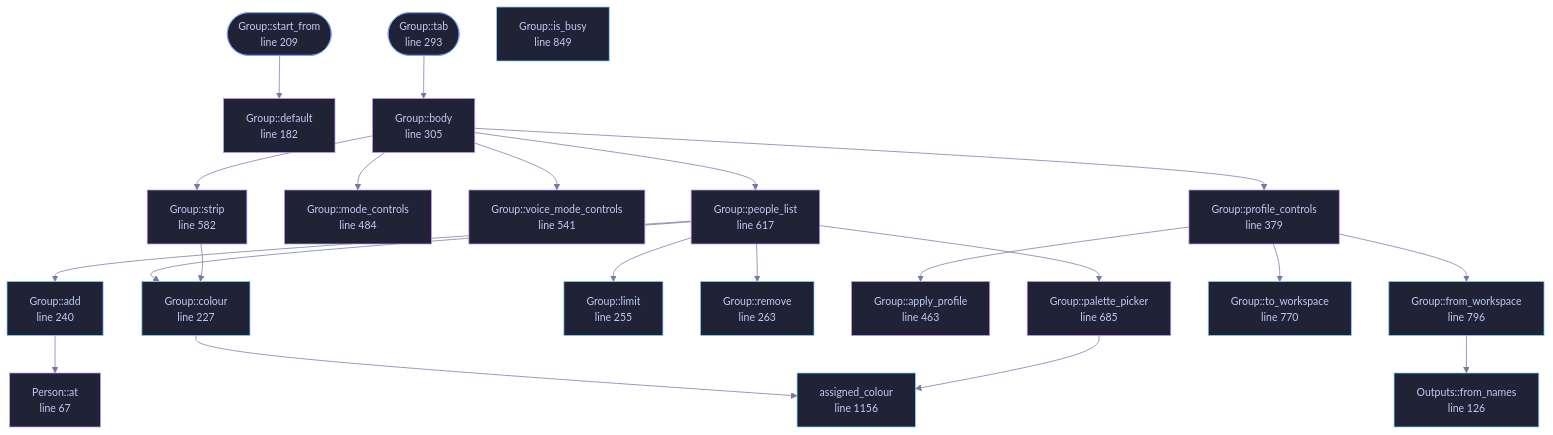
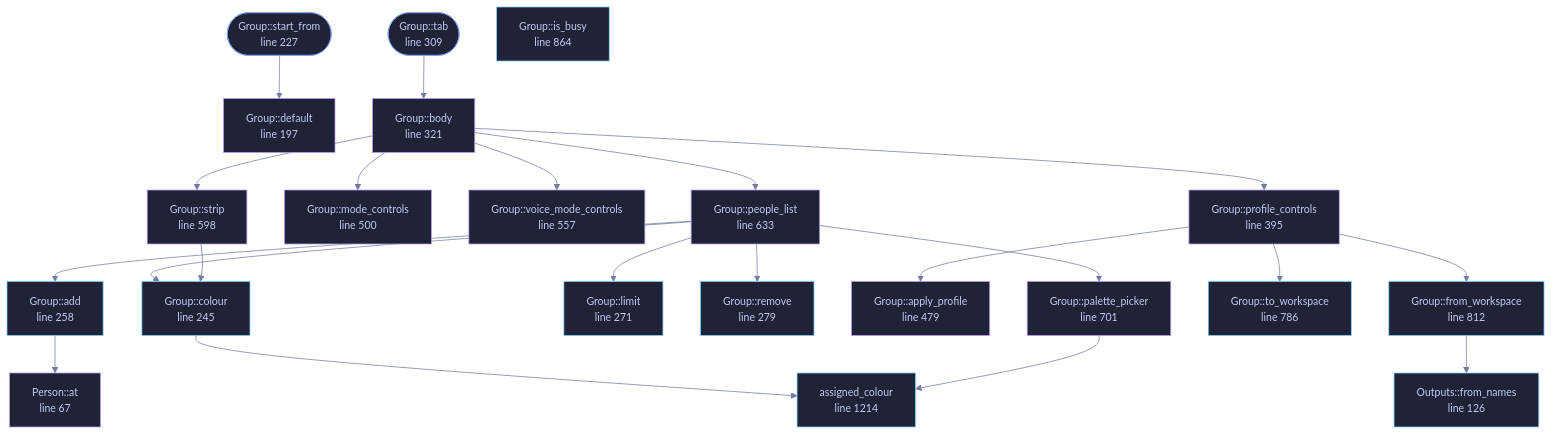
The diagram in docs/files/veilvoice-gui/group.md (tilas01/veilvoice), drawn with Mermaid before and after one commit. The commit also changed other lines of this file and 27 other files, not shown here.

First line of the commit message:
audit: the group tab rendered at default, not the maximum asked

````diff
--- a/docs/files/veilvoice-gui/group.md
+++ b/docs/files/veilvoice-gui/group.md
@@ -111,74 +112,74 @@
 ```mermaid
 %%{init: {"theme":"base","themeVariables":{"background":"#1a1b26","primaryColor":"#1f2335","primaryTextColor":"#c0caf5","primaryBorderColor":"#7aa2f7","secondaryColor":"#16161e","tertiaryColor":"#16161e","lineColor":"#737aa2","textColor":"#c0caf5","mainBkg":"#1f2335","nodeBorder":"#7aa2f7","clusterBkg":"#16161e","clusterBorder":"#2f3549","fontFamily":"ui-monospace, SFMono-Regular, Consolas, monospace","fontSize":"14px"}}}%%
 flowchart TD
     n_at["Person::at<br/>line 67"]
     n_default["Outputs::default<br/>line 91"]
     n_from_names["Outputs::from_names<br/>line 126"]
-    n_default["Group::default<br/>line 182"]
-    n_start_from(["Group::start_from<br/>line 209"])
-    n_colour["Group::colour<br/>line 227"]
-    n_add["Group::add<br/>line 240"]
-    n_limit["Group::limit<br/>line 255"]
-    n_remove["Group::remove<br/>line 263"]
-    n_tab(["Group::tab<br/>line 293"])
-    n_body["Group::body<br/>line 305"]
-    n_profile_controls["Group::profile_controls<br/>line 379"]
-    n_apply_profile["Group::apply_profile<br/>line 463"]
-    n_mode_controls["Group::mode_controls<br/>line 484"]
-    n_voice_mode_controls["Group::voice_mode_controls<br/>line 541"]
-    n_strip["Group::strip<br/>line 582"]
-    n_people_list["Group::people_list<br/>line 617"]
-    n_palette_picker["Group::palette_picker<br/>line 685"]
-    n_to_workspace["Group::to_workspace<br/>line 770"]
-    n_from_workspace["Group::from_workspace<br/>line 796"]
-    n_is_busy["Group::is_busy<br/>line 849"]
-    n_assigned_colour["assigned_colour<br/>line 1156"]
+    n_default["Group::default<br/>line 197"]
+    n_start_from(["Group::start_from<br/>line 227"])
+    n_colour["Group::colour<br/>line 245"]
+    n_add["Group::add<br/>line 258"]
+    n_limit["Group::limit<br/>line 271"]
+    n_remove["Group::remove<br/>line 279"]
+    n_tab(["Group::tab<br/>line 309"])
+    n_body["Group::body<br/>line 321"]
+    n_profile_controls["Group::profile_controls<br/>line 395"]
+    n_apply_profile["Group::apply_profile<br/>line 479"]
+    n_mode_controls["Group::mode_controls<br/>line 500"]
+    n_voice_mode_controls["Group::voice_mode_controls<br/>line 557"]
+    n_strip["Group::strip<br/>line 598"]
+    n_people_list["Group::people_list<br/>line 633"]
+    n_palette_picker["Group::palette_picker<br/>line 701"]
+    n_to_workspace["Group::to_workspace<br/>line 786"]
+    n_from_workspace["Group::from_workspace<br/>line 812"]
+    n_is_busy["Group::is_busy<br/>line 864"]
+    n_assigned_colour["assigned_colour<br/>line 1214"]
     n_add --> n_at
     n_body --> n_mode_controls
     n_body --> n_people_list
     n_body --> n_profile_controls
     n_body --> n_strip
     n_body --> n_voice_mode_controls
     n_colour --> n_assigned_colour
     n_from_workspace --> n_from_names
     n_palette_picker --> n_assigned_colour
     n_people_list --> n_add
     n_people_list --> n_colour
     n_people_list --> n_limit
     n_people_list --> n_palette_picker
     n_people_list --> n_remove
     n_profile_controls --> n_apply_profile
     n_profile_controls --> n_from_workspace
     n_profile_controls --> n_to_workspace
     n_start_from --> n_default
     n_strip --> n_colour
     n_tab --> n_body
     click n_at href "https://github.com/tilas01/veilvoice/blob/main/crates/veilvoice-gui/src/group.rs#L67" "open the source"
     click n_default href "https://github.com/tilas01/veilvoice/blob/main/crates/veilvoice-gui/src/group.rs#L91" "open the source"
     click n_from_names href "https://github.com/tilas01/veilvoice/blob/main/crates/veilvoice-gui/src/group.rs#L126" "open the source"
-    click n_default href "https://github.com/tilas01/veilvoice/blob/main/crates/veilvoice-gui/src/group.rs#L182" "open the source"
-    click n_start_from href "https://github.com/tilas01/veilvoice/blob/main/crates/veilvoice-gui/src/group.rs#L209" "open the source"
-    click n_colour href "https://github.com/tilas01/veilvoice/blob/main/crates/veilvoice-gui/src/group.rs#L227" "open the source"
-    click n_add href "https://github.com/tilas01/veilvoice/blob/main/crates/veilvoice-gui/src/group.rs#L240" "open the source"
-    click n_limit href "https://github.com/tilas01/veilvoice/blob/main/crates/veilvoice-gui/src/group.rs#L255" "open the source"
-    click n_remove href "https://github.com/tilas01/veilvoice/blob/main/crates/veilvoice-gui/src/group.rs#L263" "open the source"
-    click n_tab href "https://github.com/tilas01/veilvoice/blob/main/crates/veilvoice-gui/src/group.rs#L293" "open the source"
-    click n_body href "https://github.com/tilas01/veilvoice/blob/main/crates/veilvoice-gui/src/group.rs#L305" "open the source"
-    click n_profile_controls href "https://github.com/tilas01/veilvoice/blob/main/crates/veilvoice-gui/src/group.rs#L379" "open the source"
-    click n_apply_profile href "https://github.com/tilas01/veilvoice/blob/main/crates/veilvoice-gui/src/group.rs#L463" "open the source"
-    click n_mode_controls href "https://github.com/tilas01/veilvoice/blob/main/crates/veilvoice-gui/src/group.rs#L484" "open the source"
-    click n_voice_mode_controls href "https://github.com/tilas01/veilvoice/blob/main/crates/veilvoice-gui/src/group.rs#L541" "open the source"
-    click n_strip href "https://github.com/tilas01/veilvoice/blob/main/crates/veilvoice-gui/src/group.rs#L582" "open the source"
-    click n_people_list href "https://github.com/tilas01/veilvoice/blob/main/crates/veilvoice-gui/src/group.rs#L617" "open the source"
-    click n_palette_picker href "https://github.com/tilas01/veilvoice/blob/main/crates/veilvoice-gui/src/group.rs#L685" "open the source"
-    click n_to_workspace href "https://github.com/tilas01/veilvoice/blob/main/crates/veilvoice-gui/src/group.rs#L770" "open the source"
-    click n_from_workspace href "https://github.com/tilas01/veilvoice/blob/main/crates/veilvoice-gui/src/group.rs#L796" "open the source"
-    click n_is_busy href "https://github.com/tilas01/veilvoice/blob/main/crates/veilvoice-gui/src/group.rs#L849" "open the source"
-    click n_assigned_colour href "https://github.com/tilas01/veilvoice/blob/main/crates/veilvoice-gui/src/group.rs#L1156" "open the source"
+    click n_default href "https://github.com/tilas01/veilvoice/blob/main/crates/veilvoice-gui/src/group.rs#L197" "open the source"
+    click n_start_from href "https://github.com/tilas01/veilvoice/blob/main/crates/veilvoice-gui/src/group.rs#L227" "open the source"
+    click n_colour href "https://github.com/tilas01/veilvoice/blob/main/crates/veilvoice-gui/src/group.rs#L245" "open the source"
+    click n_add href "https://github.com/tilas01/veilvoice/blob/main/crates/veilvoice-gui/src/group.rs#L258" "open the source"
+    click n_limit href "https://github.com/tilas01/veilvoice/blob/main/crates/veilvoice-gui/src/group.rs#L271" "open the source"
+    click n_remove href "https://github.com/tilas01/veilvoice/blob/main/crates/veilvoice-gui/src/group.rs#L279" "open the source"
+    click n_tab href "https://github.com/tilas01/veilvoice/blob/main/crates/veilvoice-gui/src/group.rs#L309" "open the source"
+    click n_body href "https://github.com/tilas01/veilvoice/blob/main/crates/veilvoice-gui/src/group.rs#L321" "open the source"
+    click n_profile_controls href "https://github.com/tilas01/veilvoice/blob/main/crates/veilvoice-gui/src/group.rs#L395" "open the source"
+    click n_apply_profile href "https://github.com/tilas01/veilvoice/blob/main/crates/veilvoice-gui/src/group.rs#L479" "open the source"
+    click n_mode_controls href "https://github.com/tilas01/veilvoice/blob/main/crates/veilvoice-gui/src/group.rs#L500" "open the source"
+    click n_voice_mode_controls href "https://github.com/tilas01/veilvoice/blob/main/crates/veilvoice-gui/src/group.rs#L557" "open the source"
+    click n_strip href "https://github.com/tilas01/veilvoice/blob/main/crates/veilvoice-gui/src/group.rs#L598" "open the source"
+    click n_people_list href "https://github.com/tilas01/veilvoice/blob/main/crates/veilvoice-gui/src/group.rs#L633" "open the source"
+    click n_palette_picker href "https://github.com/tilas01/veilvoice/blob/main/crates/veilvoice-gui/src/group.rs#L701" "open the source"
+    click n_to_workspace href "https://github.com/tilas01/veilvoice/blob/main/crates/veilvoice-gui/src/group.rs#L786" "open the source"
+    click n_from_workspace href "https://github.com/tilas01/veilvoice/blob/main/crates/veilvoice-gui/src/group.rs#L812" "open the source"
+    click n_is_busy href "https://github.com/tilas01/veilvoice/blob/main/crates/veilvoice-gui/src/group.rs#L864" "open the source"
+    click n_assigned_colour href "https://github.com/tilas01/veilvoice/blob/main/crates/veilvoice-gui/src/group.rs#L1214" "open the source"
     classDef entry fill:#1f2335,stroke:#7aa2f7,color:#c0caf5
     class n_start_from,n_tab entry
     classDef api fill:#1f2335,stroke:#7dcfff,color:#c0caf5
     class n_from_names,n_colour,n_add,n_limit,n_remove,n_to_workspace,n_from_workspace,n_is_busy,n_assigned_colour api
     classDef helper fill:#1f2335,stroke:#bb9af7,color:#c0caf5
     class n_at,n_default,n_default,n_body,n_profile_controls,n_apply_profile,n_mode_controls,n_voice_mode_controls,n_strip,n_people_list,n_palette_picker helper
 ```
````
